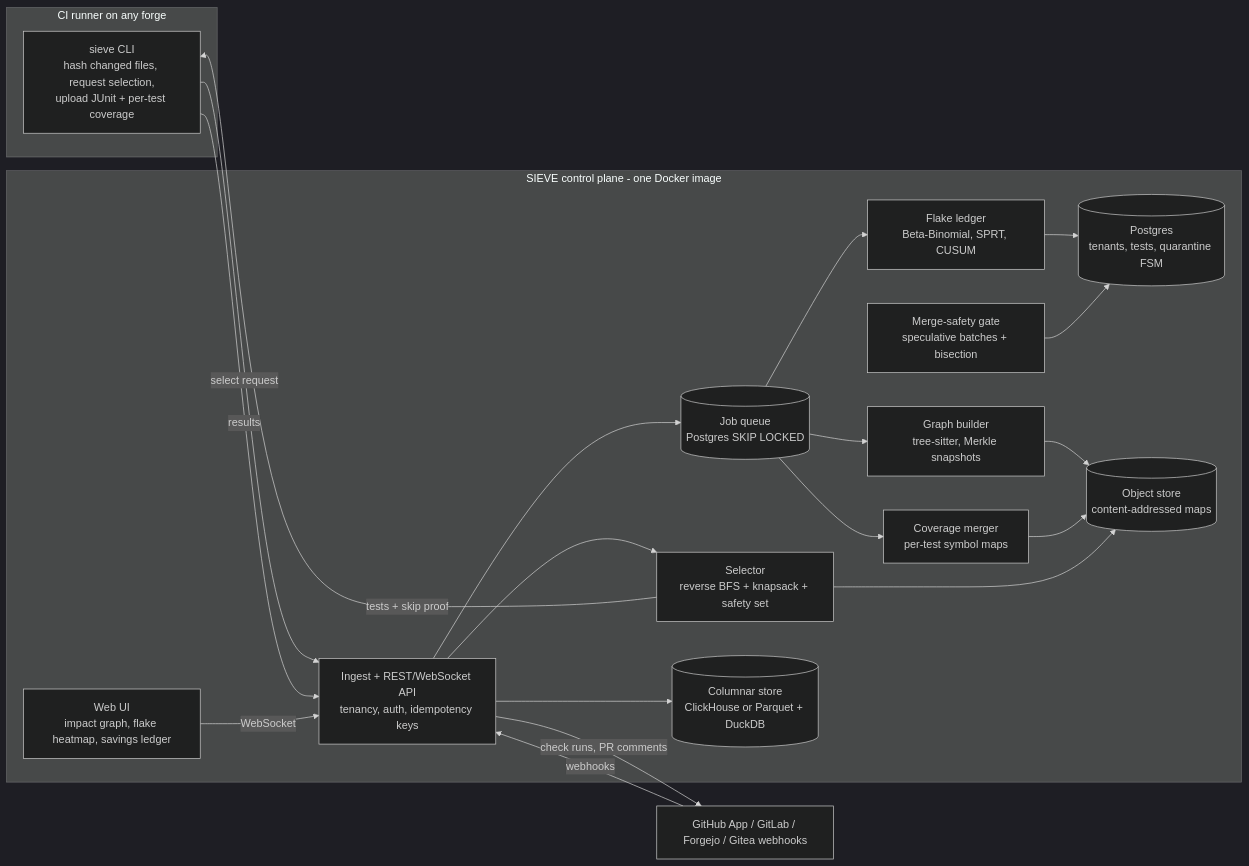
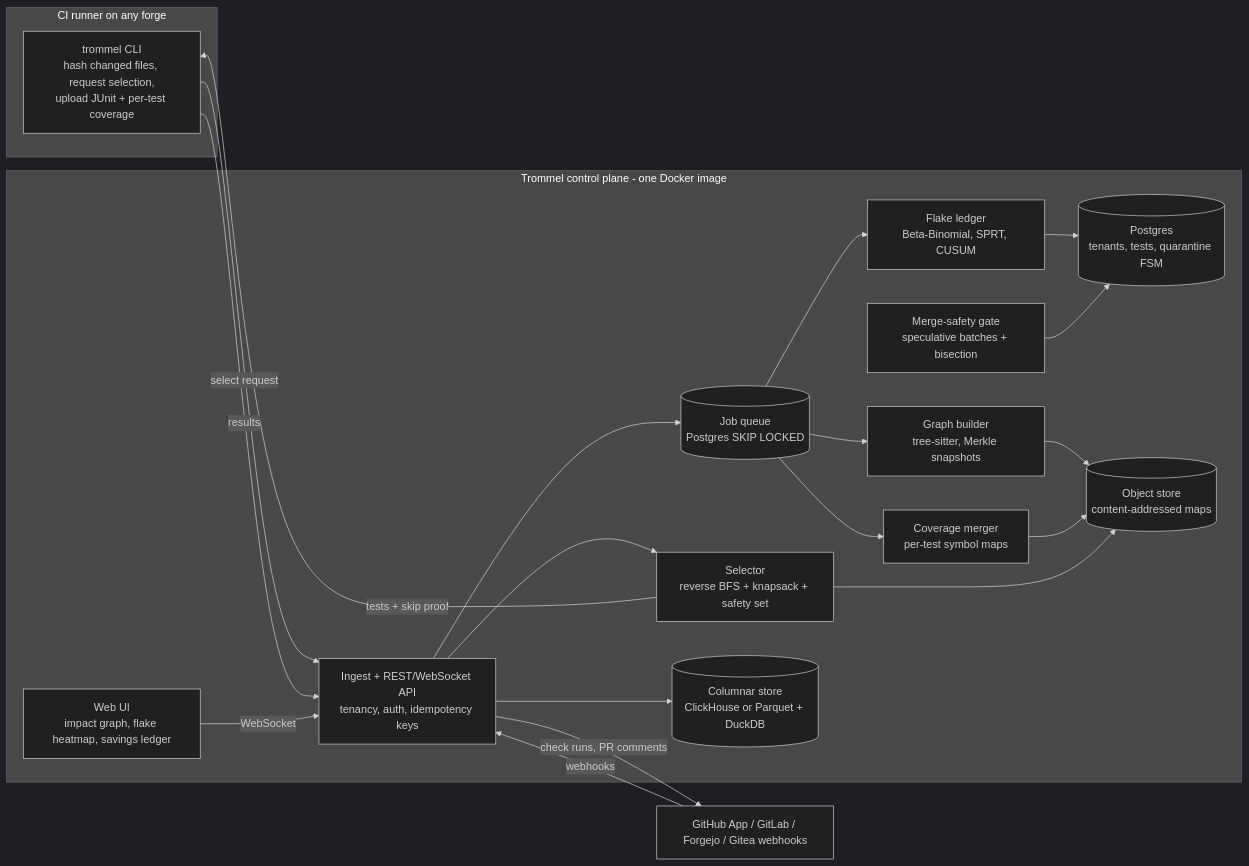
Before and after one commit to ojassug/sieve: the first of 4 diagrams in docs/research/RESEARCH_REPORT.md, drawn with Mermaid (dark theme). The commit also changed other lines of this file and 82 other files, not shown here.

First line of the commit message:
refactor: rename SIEVE to Trommel (DECISIONS 30)

````diff
--- a/docs/research/RESEARCH_REPORT.md
+++ b/docs/research/RESEARCH_REPORT.md
@@ -224,37 +225,37 @@
 ```mermaid
 flowchart LR
   subgraph RUNNER["CI runner on any forge"]
-    CLI["sieve CLI<br/>hash changed files, request selection,<br/>upload JUnit + per-test coverage"]
+    CLI["trommel CLI<br/>hash changed files, request selection,<br/>upload JUnit + per-test coverage"]
   end
-  subgraph CP["SIEVE control plane - one Docker image"]
+  subgraph CP["Trommel control plane - one Docker image"]
     API["Ingest + REST/WebSocket API<br/>tenancy, auth, idempotency keys"]
     SEL["Selector<br/>reverse BFS + knapsack + safety set"]
     Q[("Job queue<br/>Postgres SKIP LOCKED")]
     GB["Graph builder<br/>tree-sitter, Merkle snapshots"]
     CM["Coverage merger<br/>per-test symbol maps"]
     FL["Flake ledger<br/>Beta-Binomial, SPRT, CUSUM"]
     MQ["Merge-safety gate<br/>speculative batches + bisection"]
     PG[("Postgres<br/>tenants, tests, quarantine FSM")]
     COL[("Columnar store<br/>ClickHouse or Parquet + DuckDB")]
     OBJ[("Object store<br/>content-addressed maps")]
     UI["Web UI<br/>impact graph, flake heatmap, savings ledger"]
   end
   FORGE["GitHub App / GitLab / Forgejo / Gitea webhooks"]
   CLI -->|"select request"| API
   API --> SEL
   SEL -->|"tests + skip proof"| CLI
   CLI -->|"results"| API
   API --> Q
   Q --> GB
   Q --> CM
   Q --> FL
   GB --> OBJ
   CM --> OBJ
   SEL --> OBJ
   FL --> PG
   MQ --> PG
   API --> COL
   FORGE -->|"webhooks"| API
   API -->|"check runs, PR comments"| FORGE
   UI -->|"WebSocket"| API
 ```
````
